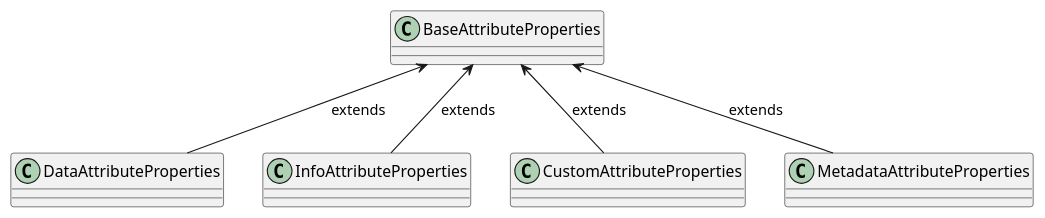
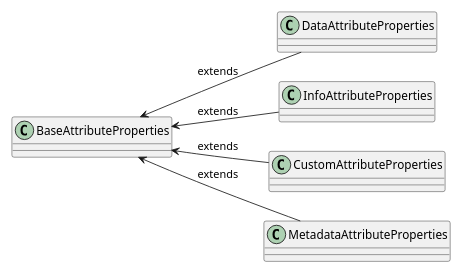
Before and after one commit to CZERTAINLY/CZERTAINLY-Documentation: the diagram in docs/60-contributors/10-attributes/03-properties.md, drawn with PlantUML.

Commit message:
Update properties model

````diff
--- a/docs/60-contributors/10-attributes/03-properties.md
+++ b/docs/60-contributors/10-attributes/03-properties.md
@@ -44,13 +44,16 @@
 ```plantuml
 @startuml
+    scale 3/4
+    left to right direction
+    
     class BaseAttributeProperties
     class DataAttributeProperties
     class InfoAttributeProperties
     class CustomAttributeProperties
     class MetadataAttributeProperties
   
     BaseAttributeProperties <-- DataAttributeProperties : extends
     BaseAttributeProperties <-- InfoAttributeProperties : extends
     BaseAttributeProperties <-- CustomAttributeProperties : extends
     BaseAttributeProperties <-- MetadataAttributeProperties : extends
 ```
````
